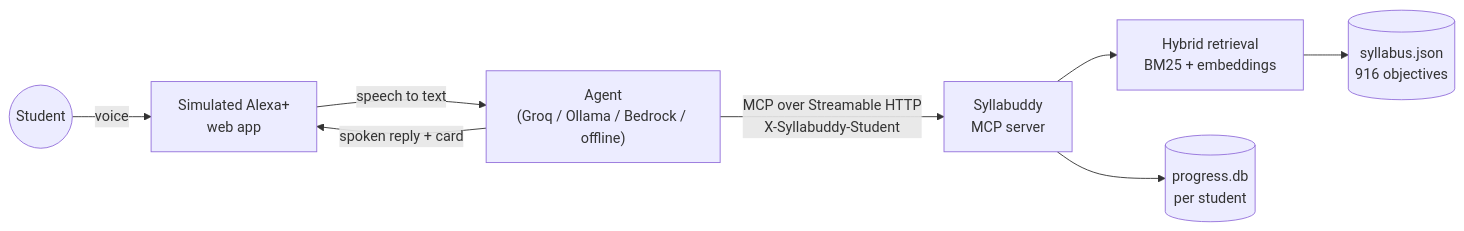
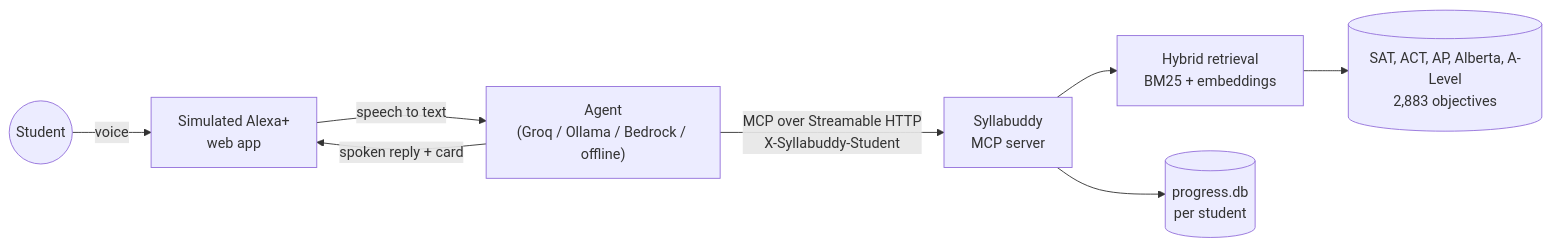
The diagram in README.md (fahad208177-tech/Syllabuddy), drawn with Mermaid before and after one commit. The commit also changed other lines of this file and 26 other files, not shown here.

First line of the commit message:
Add SAT/PSAT and ACT syllabuses, saved courses with exam countdown, MCP resources and prompts

````diff
--- a/README.md
+++ b/README.md
@@ -70,10 +81,10 @@
 ```mermaid
 flowchart LR
     S((Student)) -- voice --> W["Simulated Alexa+<br/>web app"]
     W -- "speech to text" --> A["Agent<br/>(Groq / Ollama / Bedrock / offline)"]
     A -- "MCP over Streamable HTTP<br/>X-Syllabuddy-Student" --> M["Syllabuddy<br/>MCP server"]
     M --> R["Hybrid retrieval<br/>BM25 + embeddings"]
-    R --> J[("syllabus.json<br/>916 objectives")]
+    R --> J[("SAT, ACT, AP, Alberta, A-Level<br/>2,883 objectives")]
     M --> P[("progress.db<br/>per student")]
     A -- "spoken reply + card" --> W
 ```
````
